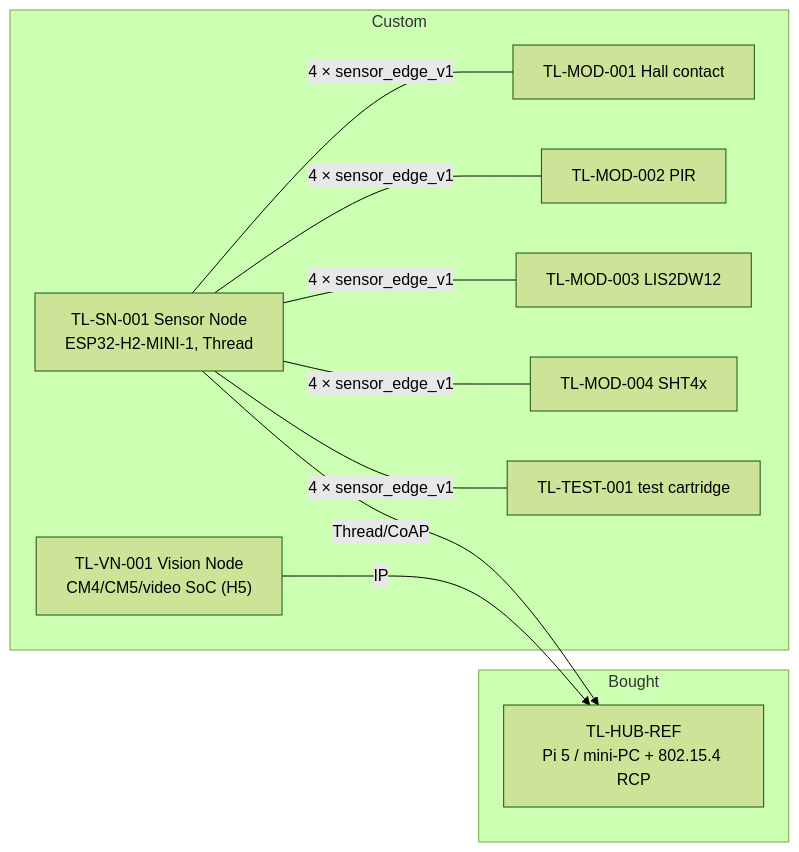
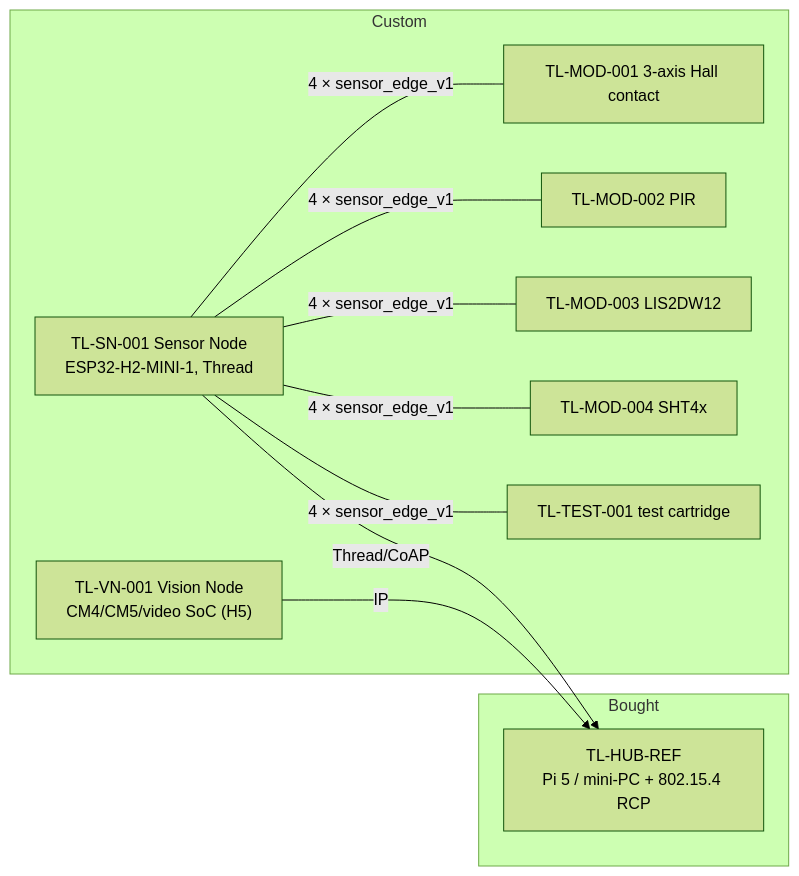
Before and after one commit to Slightly-Autonomous/talos: the first of 2 diagrams in hardware/architecture/hardware-overview.md, drawn with Mermaid (forest theme). The commit also changed other lines of this file and 62 other files, not shown here.

````diff
--- a/hardware/architecture/hardware-overview.md
+++ b/hardware/architecture/hardware-overview.md
@@ -7,18 +7,18 @@
 ```mermaid
 flowchart LR
   subgraph Bought
     HUB["TL-HUB-REF<br/>Pi 5 / mini-PC + 802.15.4 RCP"]
   end
   subgraph Custom
     SN["TL-SN-001 Sensor Node<br/>ESP32-H2-MINI-1, Thread"]
     VN["TL-VN-001 Vision Node<br/>CM4/CM5/video SoC (H5)"]
-    M1["TL-MOD-001 Hall contact"]
+    M1["TL-MOD-001 3-axis Hall contact"]
     M2["TL-MOD-002 PIR"]
     M3["TL-MOD-003 LIS2DW12"]
     M4["TL-MOD-004 SHT4x"]
     T1["TL-TEST-001 test cartridge"]
   end
   SN -- "4 × sensor_edge_v1" --- M1 & M2 & M3 & M4 & T1
   SN -- Thread/CoAP --> HUB
   VN -- IP --> HUB
 ```
````
